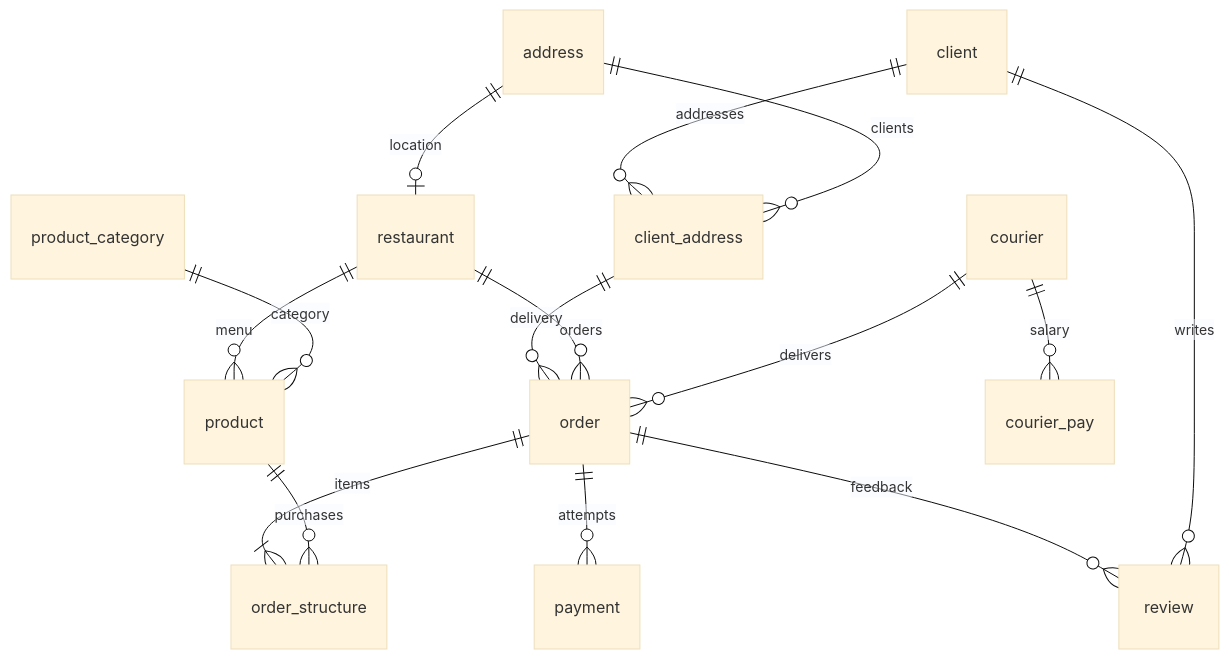
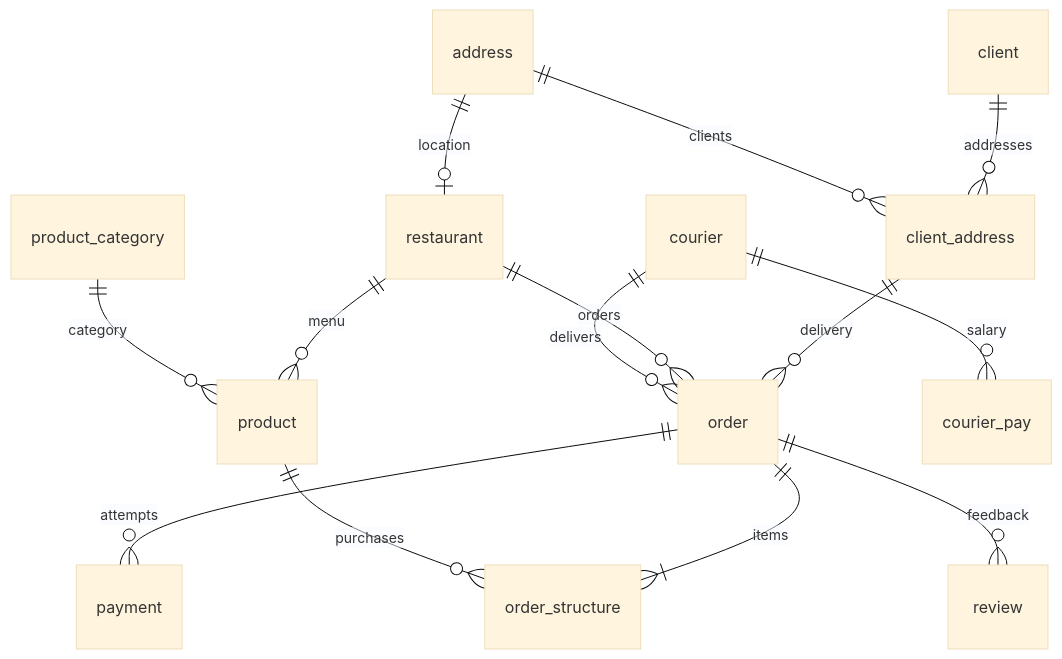
One commit to pollybich/sergeev_nikita_database_design changed the diagram in db/model.md. Above: the diagram before and after it, drawn with Mermaid (base theme). The commit also changed other lines of this file and 9 other files, not shown here.

````diff
--- a/db/model.md
+++ b/db/model.md
@@ -20,17 +20,16 @@
 ```mermaid
 erDiagram
     client ||--o{ client_address : addresses
     address ||--o{ client_address : clients
     address ||--o| restaurant : location
     client_address ||--o{ order : delivery
     restaurant ||--o{ product : menu
     product_category ||--o{ product : category
     restaurant ||--o{ order : orders
     courier ||--o{ order : delivers
     courier ||--o{ courier_pay : salary
     order ||--|{ order_structure : items
     product ||--o{ order_structure : purchases
     order ||--o{ payment : attempts
     order ||--o{ review : feedback
-    client ||--o{ review : writes
 ```
````
